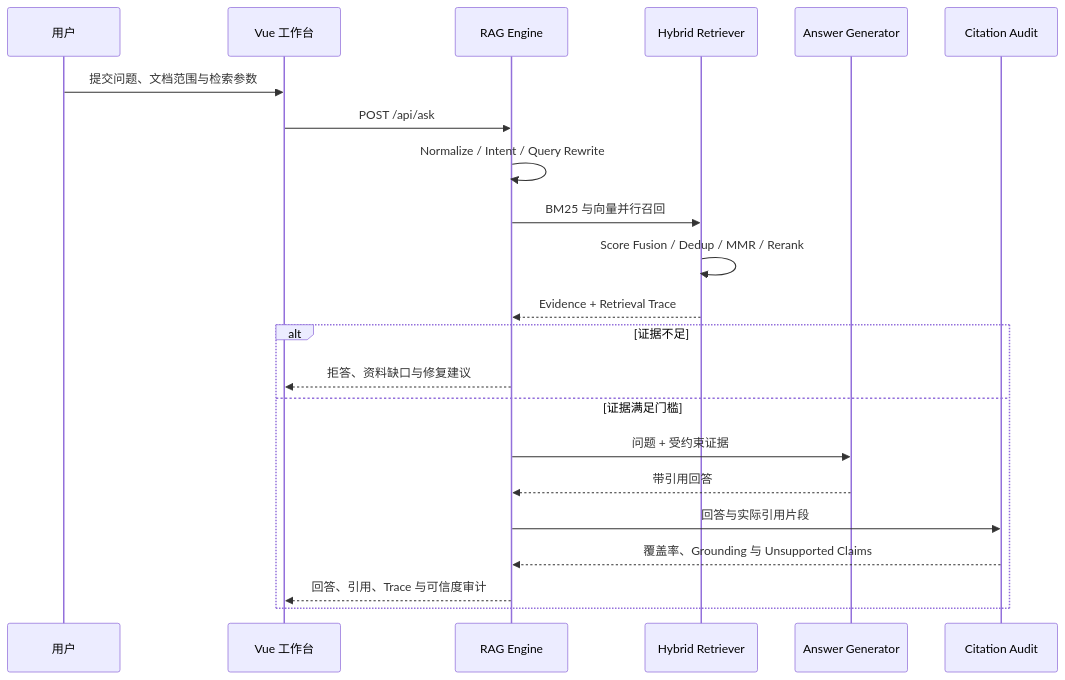
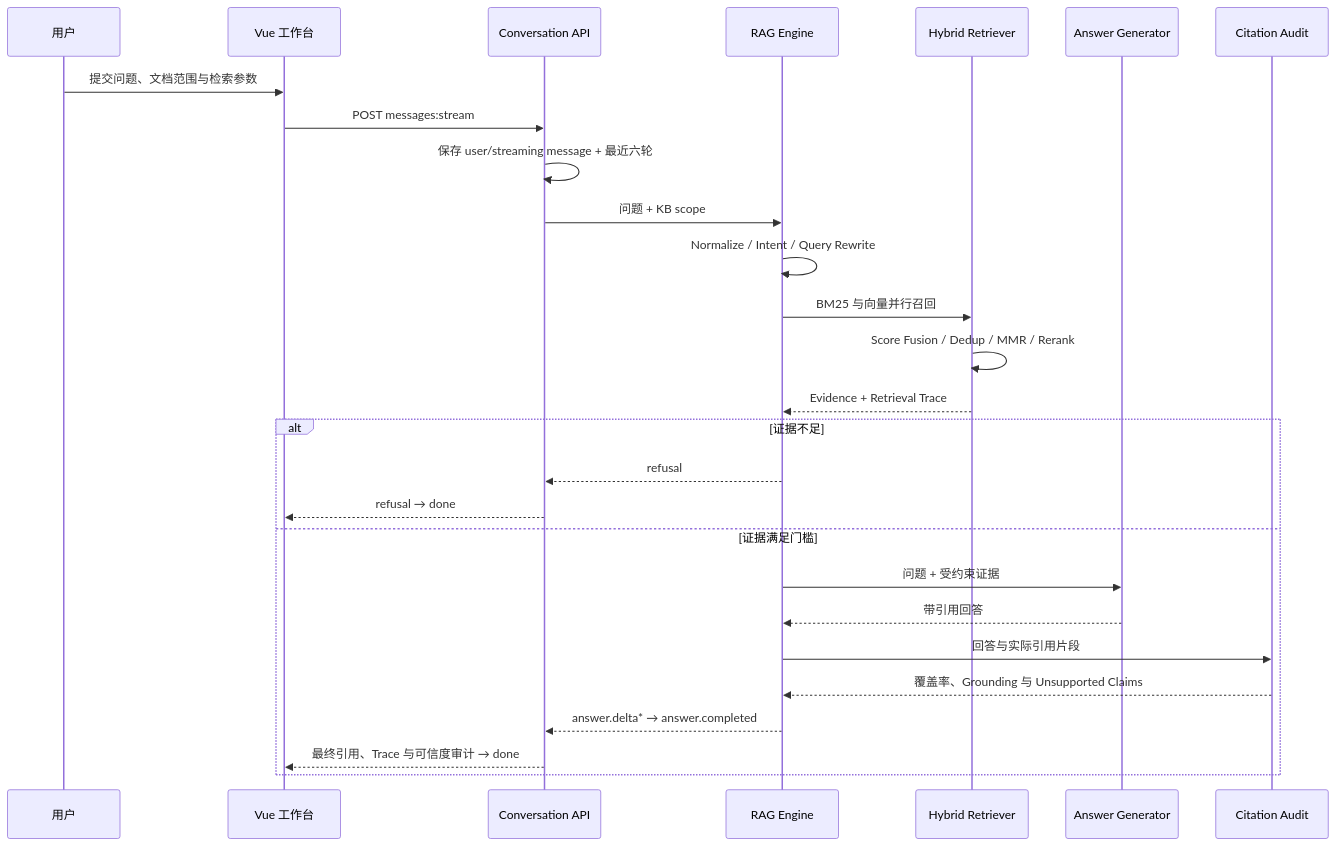
The third of 5 diagrams in docs/architecture.md (728792899-create/personal-multimodal-rag), drawn with Mermaid before and after one commit. The commit also changed other lines of this file and 91 other files, not shown here.

````diff
--- a/docs/architecture.md
+++ b/docs/architecture.md
@@ -112,25 +118,30 @@
 ```mermaid
 sequenceDiagram
   participant U as 用户
   participant W as Vue 工作台
+  participant C as Conversation API
   participant E as RAG Engine
   participant R as Hybrid Retriever
   participant G as Answer Generator
   participant A as Citation Audit
 
   U->>W: 提交问题、文档范围与检索参数
-  W->>E: POST /api/ask
+  W->>C: POST messages:stream
+  C->>C: 保存 user/streaming message + 最近六轮
+  C->>E: 问题 + KB scope
   E->>E: Normalize / Intent / Query Rewrite
   E->>R: BM25 与向量并行召回
   R->>R: Score Fusion / Dedup / MMR / Rerank
   R-->>E: Evidence + Retrieval Trace
   alt 证据不足
-    E-->>W: 拒答、资料缺口与修复建议
+    E-->>C: refusal
+    C-->>W: refusal → done
   else 证据满足门槛
     E->>G: 问题 + 受约束证据
     G-->>E: 带引用回答
     E->>A: 回答与实际引用片段
     A-->>E: 覆盖率、Grounding 与 Unsupported Claims
-    E-->>W: 回答、引用、Trace 与可信度审计
+    E-->>C: answer.delta* → answer.completed
+    C-->>W: 最终引用、Trace 与可信度审计 → done
   end
 ```
````
